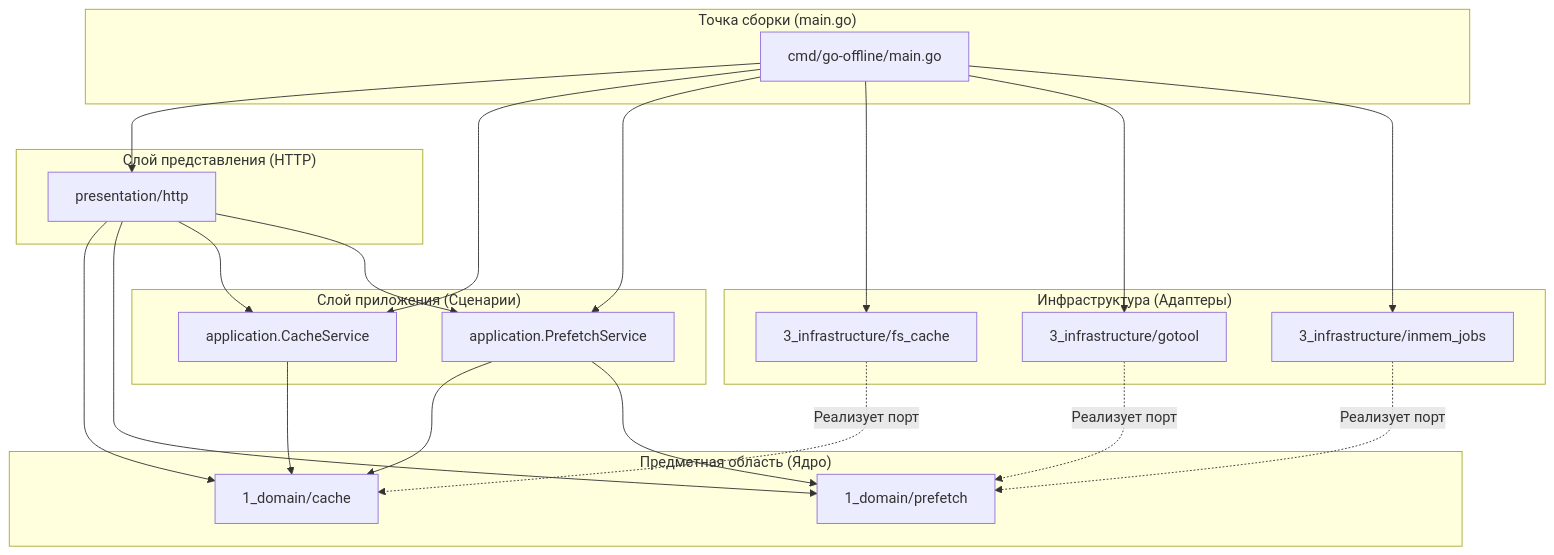
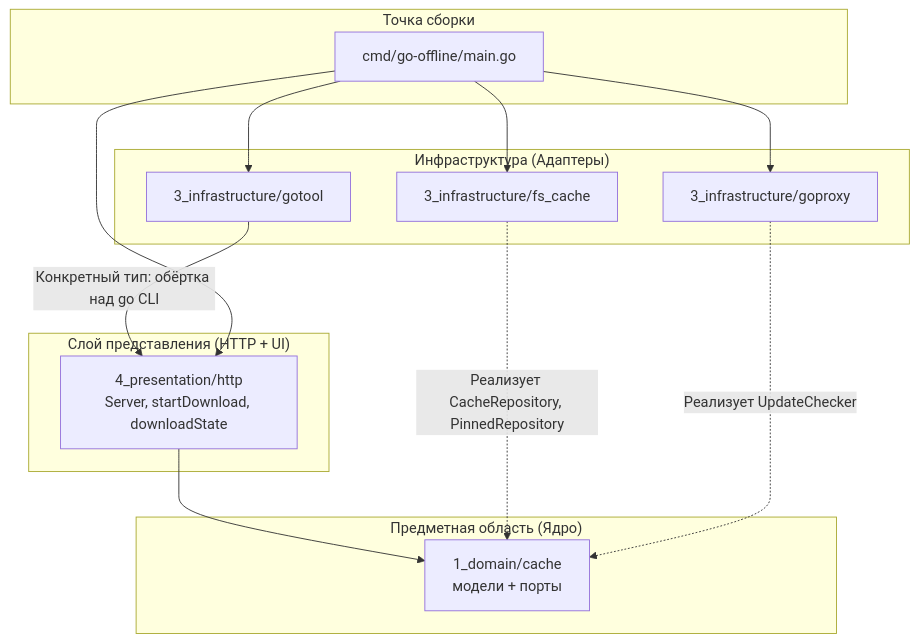
The diagram in ddd_architecture.md (energet666/go-offline), drawn with Mermaid before and after one commit. The commit also changed other lines of this file and 3 other files, not shown here.

First line of the commit message:
docs: sync markdown docs with the current architecture

````diff
--- a/ddd_architecture.md
+++ b/ddd_architecture.md
@@ -120,40 +131,27 @@
 ```mermaid
 graph TD
-    subgraph CMD ["Точка сборки (main.go)"]
+    subgraph CMD ["Точка сборки"]
         MAIN["cmd/go-offline/main.go"]
     end
 
-    subgraph PRESENTATION ["Слой представления (HTTP)"]
-        HTTP["presentation/http"]
-    end
-
-    subgraph APPLICATION ["Слой приложения (Сценарии)"]
-        CS["application.CacheService"]
-        PS["application.PrefetchService"]
+    subgraph PRESENTATION ["Слой представления (HTTP + UI)"]
+        HTTP["4_presentation/http<br/>Server, startDownload, downloadState"]
     end
 
     subgraph INFRASTRUCTURE ["Инфраструктура (Адаптеры)"]
         FSC["3_infrastructure/fs_cache"]
+        GP["3_infrastructure/goproxy"]
         GT["3_infrastructure/gotool"]
-        IMJ["3_infrastructure/inmem_jobs"]
     end
 
     subgraph DOMAIN ["Предметная область (Ядро)"]
-        DC["1_domain/cache"]
-        DP["1_domain/prefetch"]
+        DC["1_domain/cache<br/>модели + порты"]
     end
 
-    %% Все знают про Домен
-    HTTP --> DC & DP
-    CS --> DC
-    PS --> DC & DP
-    FSC -.->|Реализует порт| DC
-    GT -.->|Реализует порт| DP
-    IMJ -.->|Реализует порт| DP
+    HTTP --> DC
+    FSC -.->|Реализует CacheRepository, PinnedRepository| DC
+    GP -.->|Реализует UpdateChecker| DC
+    GT -->|Конкретный тип: обёртка над go CLI| HTTP
 
-    %% Presentation зависит от Application
-    HTTP --> CS & PS
-
-    %% Main.go знает всё и связывает всё вместе
-    MAIN --> HTTP & CS & PS & FSC & GT & IMJ
+    MAIN --> HTTP & FSC & GP & GT
 ```
````
